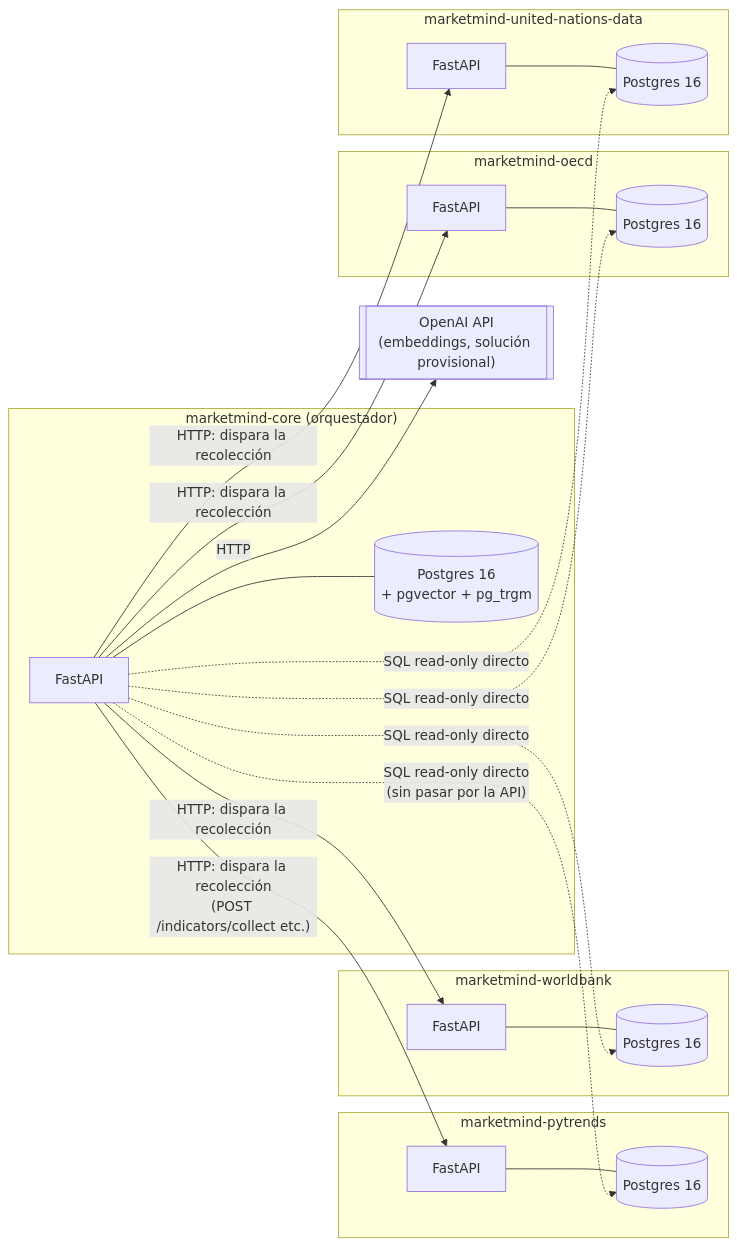
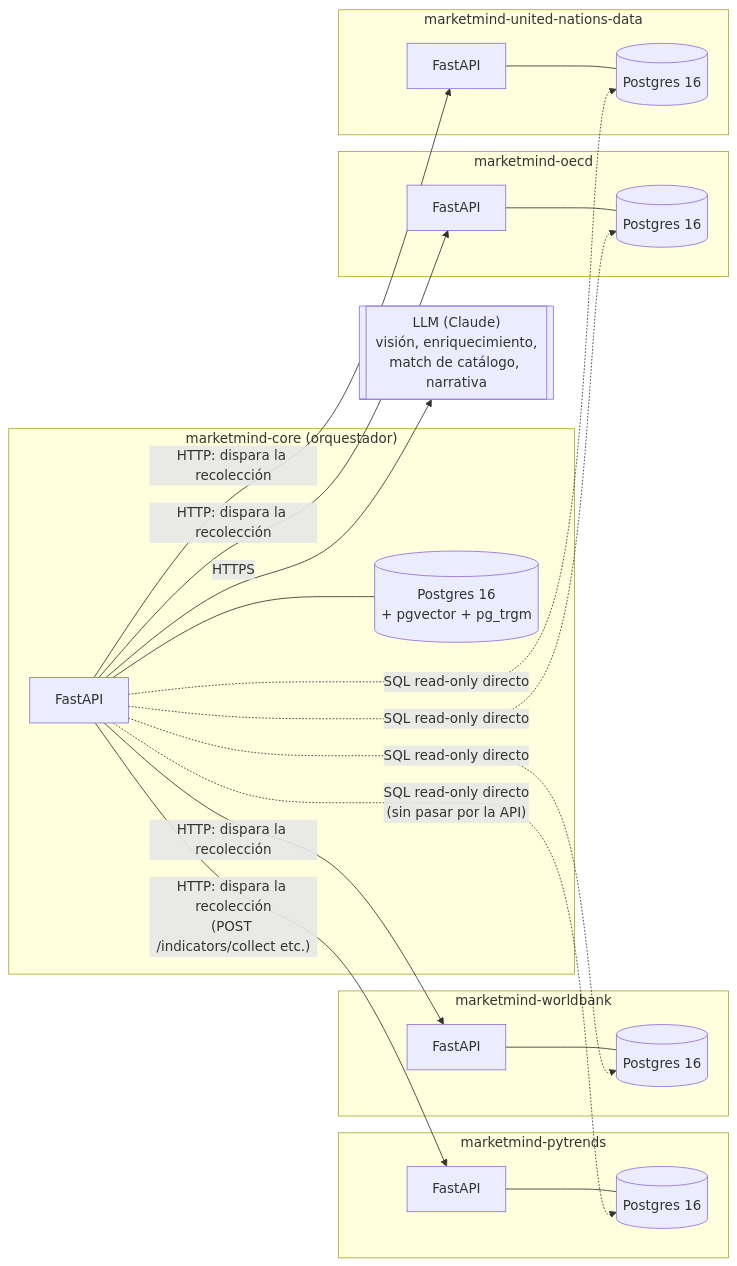
The diagram in docs/marketmind-arquitetura-tecnica-python.md (Market-Mind-AI/marketmind-scoring), drawn with Mermaid before and after one commit. The commit also changed other lines of this file and 26 other files, not shown here.

````diff
--- a/docs/marketmind-arquitetura-tecnica-python.md
+++ b/docs/marketmind-arquitetura-tecnica-python.md
@@ -11,42 +11,42 @@
 ```mermaid
 flowchart LR
     subgraph CORE["marketmind-core (orquestador)"]
         API["FastAPI"]
         PG_CORE[("Postgres 16<br/>+ pgvector + pg_trgm")]
         API --- PG_CORE
     end
 
     subgraph PT["marketmind-pytrends"]
         PT_API["FastAPI"]
         PT_PG[("Postgres 16")]
         PT_API --- PT_PG
     end
     subgraph WB["marketmind-worldbank"]
         WB_API["FastAPI"]
         WB_PG[("Postgres 16")]
         WB_API --- WB_PG
     end
     subgraph OE["marketmind-oecd"]
         OE_API["FastAPI"]
         OE_PG[("Postgres 16")]
         OE_API --- OE_PG
     end
     subgraph UN["marketmind-united-nations-data"]
         UN_API["FastAPI"]
         UN_PG[("Postgres 16")]
         UN_API --- UN_PG
     end
 
     API -->|"HTTP: dispara la recolección<br/>(POST /indicators/collect etc.)"| PT_API
     API -->|"HTTP: dispara la recolección"| WB_API
     API -->|"HTTP: dispara la recolección"| OE_API
     API -->|"HTTP: dispara la recolección"| UN_API
 
     API -.->|"SQL read-only directo<br/>(sin pasar por la API)"| PT_PG
     API -.->|"SQL read-only directo"| WB_PG
     API -.->|"SQL read-only directo"| OE_PG
     API -.->|"SQL read-only directo"| UN_PG
 
-    OPENAI[["OpenAI API<br/>(embeddings, solución provisional)"]]
-    API -->|"HTTP"| OPENAI
+    LLM[["LLM (Claude)<br/>visión, enriquecimiento,<br/>match de catálogo, narrativa"]]
+    API -->|"HTTPS"| LLM
 ```
````
